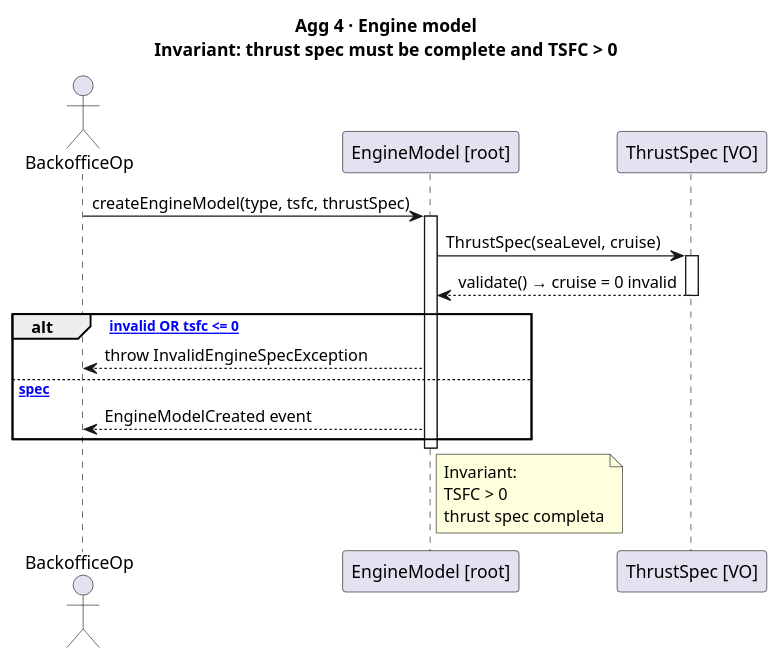
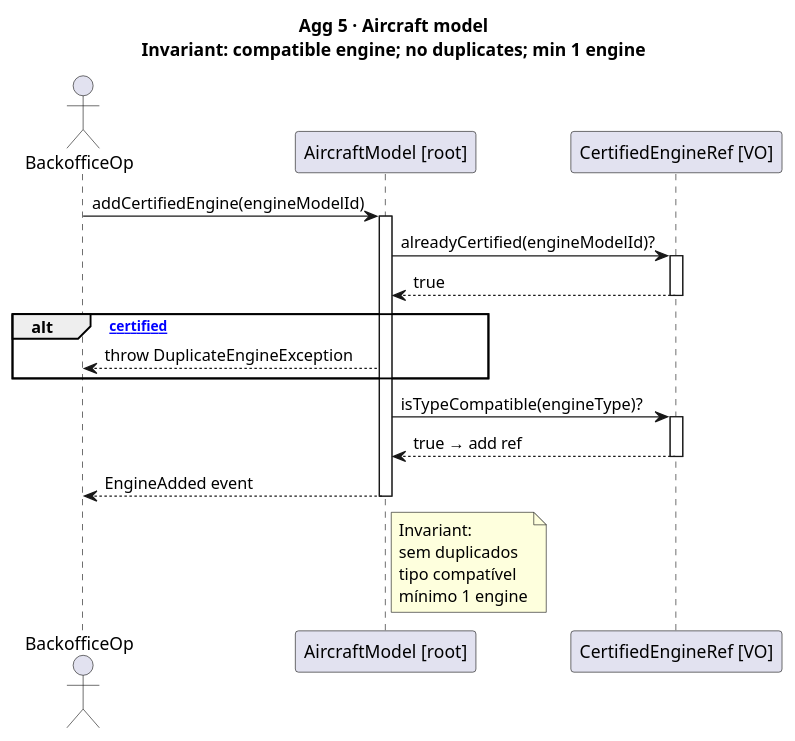
Before and after one commit to DuartePinto1240/sem4pi2526-sem4pi2526_2da2: the diagram in docs/Agg04.puml, drawn with PlantUML. The commit also changed 12 other files, not shown here.

```diff
--- a/docs/Agg04.puml
+++ b/docs/Agg04.puml
@@ -1,30 +1,36 @@
-@startuml US011_Agg04_EngineModel
-title Agg 4 · Engine model\nInvariant: thrust spec must be complete and TSFC > 0
+@startuml US011_Agg05_AircraftModel
+title Agg 5 · Aircraft model\nInvariant: compatible engine; no duplicates; min 1 engine
 
 actor "BackofficeOp" as Op
-participant "EngineModel [root]" as EM
-participant "ThrustSpec [VO]" as TS
+participant "AircraftModel [root]" as AM
+participant "CertifiedEngineRef [VO]" as Ref
 
-Op -> EM : createEngineModel(type, tsfc, thrustSpec)
-activate EM
+Op -> AM : addCertifiedEngine(engineModelId)
+activate AM
 
-EM -> TS : ThrustSpec(seaLevel, cruise)
-activate TS
-TS --> EM : validate() → cruise = 0 invalid
-deactivate TS
+AM -> Ref : alreadyCertified(engineModelId)?
+activate Ref
+Ref --> AM : true
+deactivate Ref
 
-alt [thrustSpec invalid OR tsfc <= 0]
-    EM --> Op : throw InvalidEngineSpecException
-else [valid spec]
-    EM --> Op : EngineModelCreated event
+alt [already certified]
+    AM --> Op : throw DuplicateEngineException
 end
 
-deactivate EM
+AM -> Ref : isTypeCompatible(engineType)?
+activate Ref
+Ref --> AM : true → add ref
+deactivate Ref
 
-note right of EM
+AM --> Op : EngineAdded event
+
+deactivate AM
+
+note right of AM
   Invariant:
-  TSFC > 0
-  thrust spec completa
+  sem duplicados
+  tipo compatível
+  mínimo 1 engine
 end note
 
 @enduml
```
